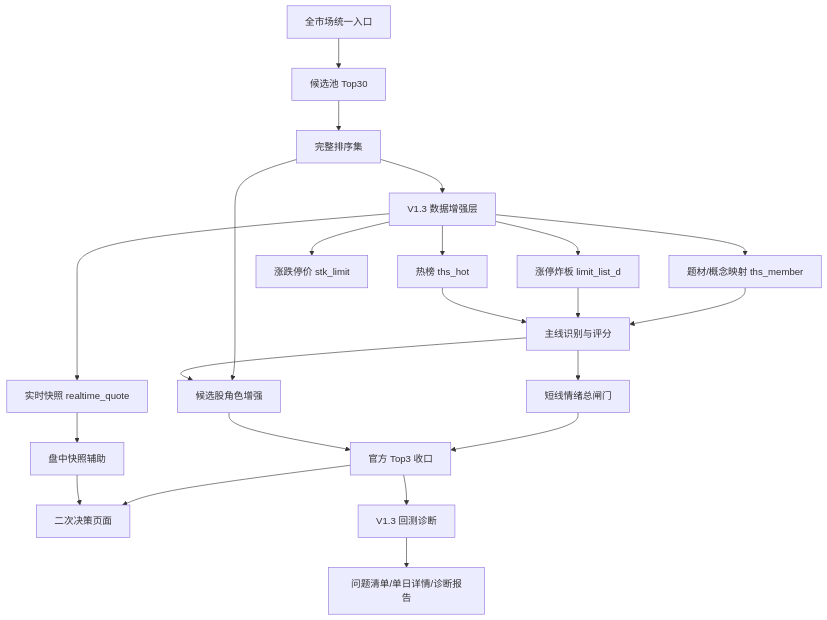
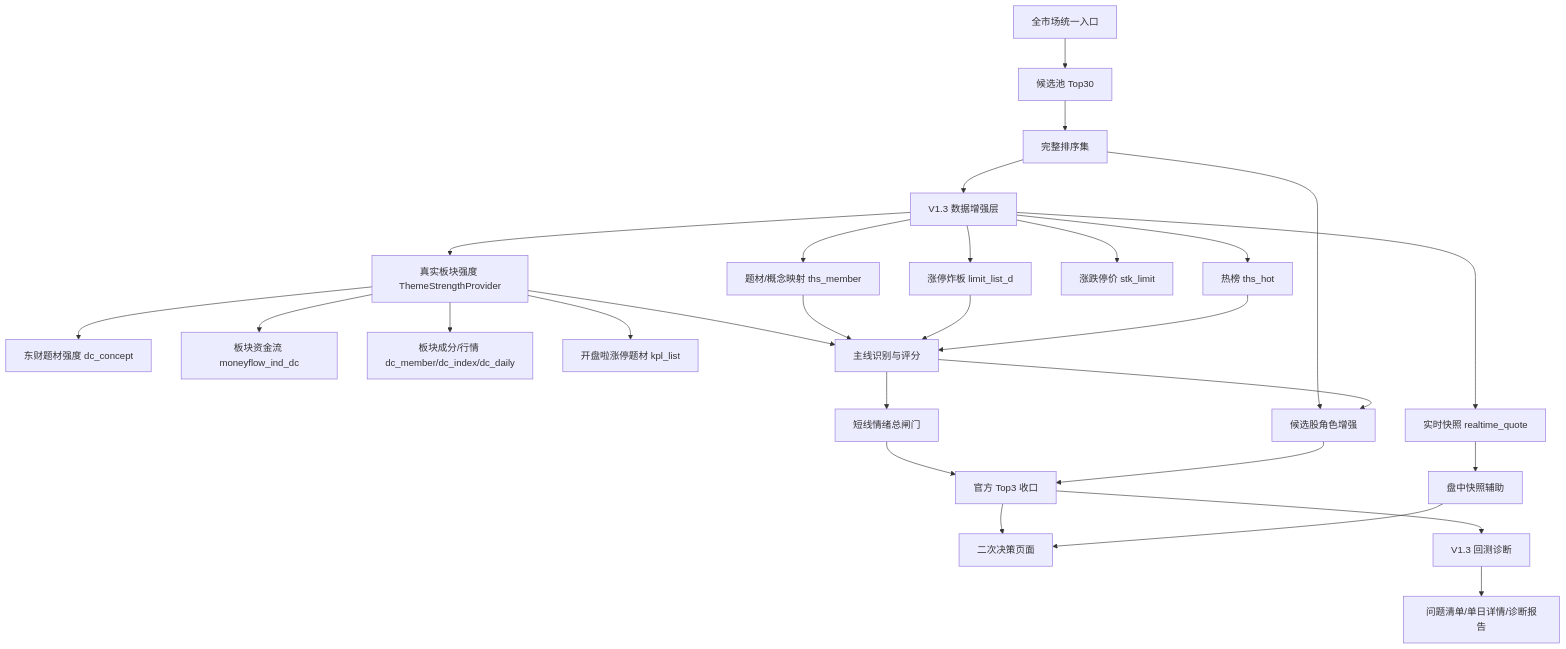
Before and after one commit to zcx-jery/daily_stock_analysis: the diagram in docs/architecture/momentum-screener-v1-3-mainline-enhancement-technical-design.md, drawn with Mermaid. The commit also changed other lines of this file and 21 other files, not shown here.

````diff
--- a/docs/architecture/momentum-screener-v1-3-mainline-enhancement-technical-design.md
+++ b/docs/architecture/momentum-screener-v1-3-mainline-enhancement-technical-design.md
@@ -72,24 +73,30 @@
 ```mermaid
 flowchart TD
   A["全市场统一入口"] --> B["候选池 Top30"]
   B --> C["完整排序集"]
   C --> D["V1.3 数据增强层"]
+  D --> D0["真实板块强度 ThemeStrengthProvider"]
+  D0 --> D0a["东财题材强度 dc_concept"]
+  D0 --> D0b["板块资金流 moneyflow_ind_dc"]
+  D0 --> D0c["板块成分/行情 dc_member/dc_index/dc_daily"]
+  D0 --> D0d["开盘啦涨停题材 kpl_list"]
   D --> D1["题材/概念映射 ths_member"]
   D --> D2["涨停炸板 limit_list_d"]
   D --> D3["涨跌停价 stk_limit"]
   D --> D4["热榜 ths_hot"]
   D --> D5["实时快照 realtime_quote"]
+  D0 --> E["主线识别与评分"]
   D1 --> E["主线识别与评分"]
   D2 --> E
   D4 --> E
   E --> F["短线情绪总闸门"]
   C --> G["候选股角色增强"]
   E --> G
   F --> H["官方 Top3 收口"]
   G --> H
   H --> I["二次决策页面"]
   H --> J["V1.3 回测诊断"]
   D5 --> K["盘中快照辅助"]
   K --> I
   J --> L["问题清单/单日详情/诊断报告"]
 ```
````
